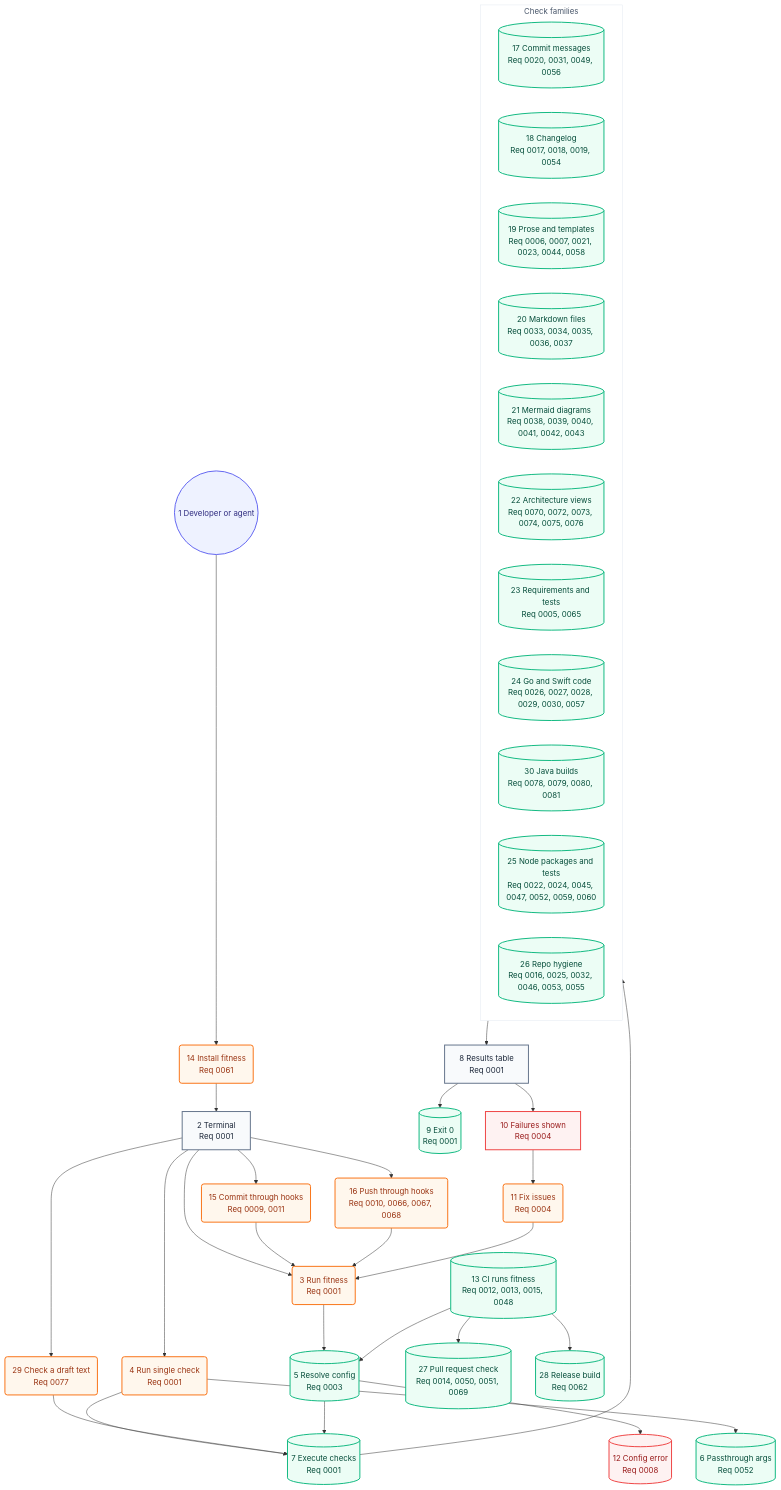
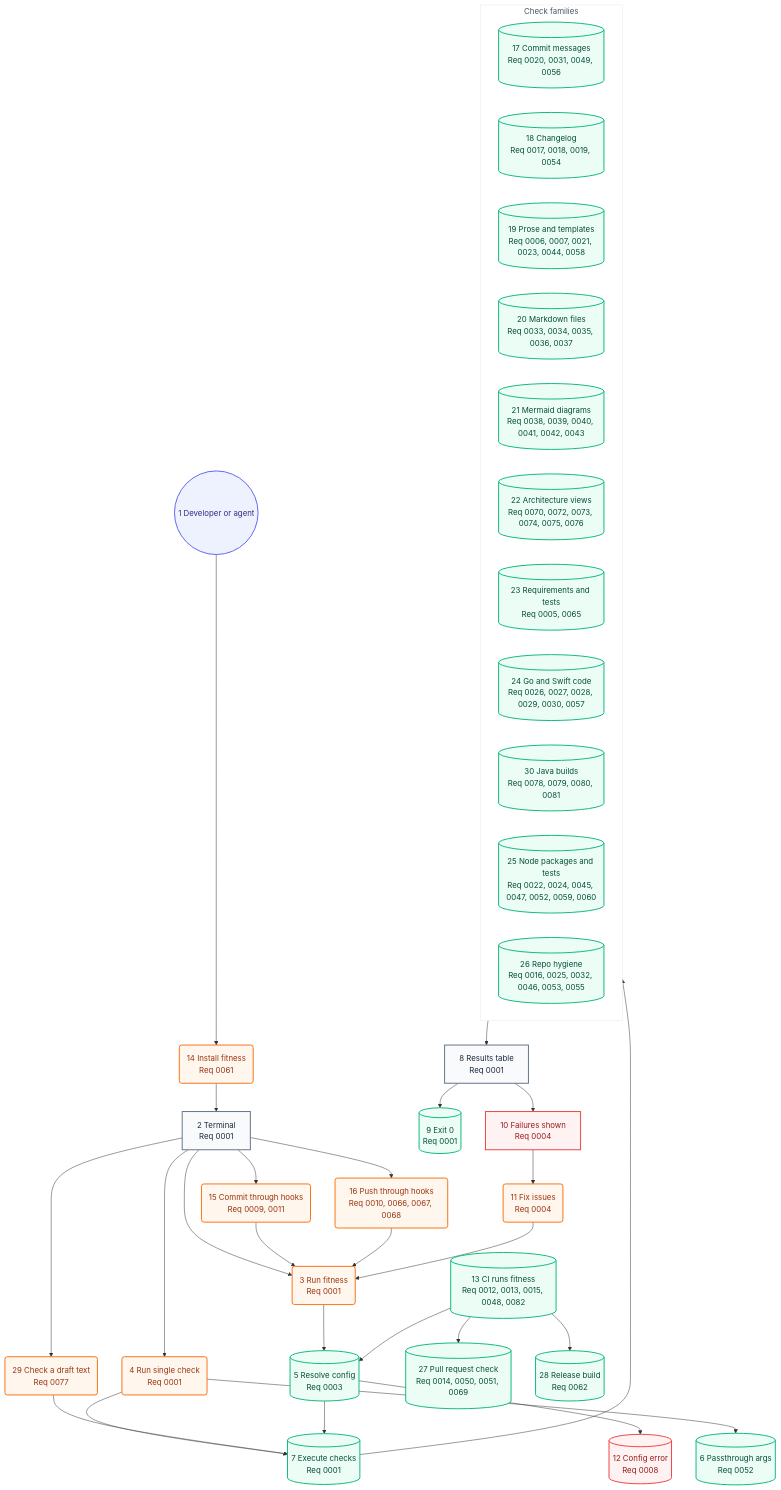
The second of 2 diagrams in docs/architecture/05-user-journey.md (may-journal/fitness-runner), drawn with Mermaid before and after one commit. The commit also changed other lines of this file and 32 other files, not shown here.

````diff
--- a/docs/architecture/05-user-journey.md
+++ b/docs/architecture/05-user-journey.md
@@ -40,70 +40,70 @@
 ```mermaid
 flowchart TB
     dev((1 Developer or agent)):::persona
     install(14 Install fitness<br/>Req 0061):::action
     terminal[2 Terminal<br/>Req 0001]:::screen
     runFull(3 Run fitness<br/>Req 0001):::action
     runSingle(4 Run single check<br/>Req 0001):::action
     runBlob(29 Check a draft text<br/>Req 0077):::action
     commitHook(15 Commit through hooks<br/>Req 0009, 0011):::action
     pushHook(16 Push through hooks<br/>Req 0010, 0066, 0067, 0068):::action
     resolveConfig[(5 Resolve config<br/>Req 0003)]:::system
     passArgs[(6 Passthrough args<br/>Req 0052)]:::system
     executeChecks[(7 Execute checks<br/>Req 0001)]:::system
 
     subgraph checks["Check families"]
         commitChecks[(17 Commit messages<br/>Req 0020, 0031, 0049, 0056)]:::system
         changelogChecks[(18 Changelog<br/>Req 0017, 0018, 0019, 0054)]:::system
         proseChecks[(19 Prose and templates<br/>Req 0006, 0007, 0021, 0023, 0044, 0058)]:::system
         markdownChecks[(20 Markdown files<br/>Req 0033, 0034, 0035, 0036, 0037)]:::system
         mermaidChecks[(21 Mermaid diagrams<br/>Req 0038, 0039, 0040, 0041, 0042, 0043)]:::system
         architectureChecks[(22 Architecture views<br/>Req 0070, 0072, 0073, 0074, 0075, 0076)]:::system
         requirementChecks[(23 Requirements and tests<br/>Req 0005, 0065)]:::system
         goSwiftChecks[(24 Go and Swift code<br/>Req 0026, 0027, 0028, 0029, 0030, 0057)]:::system
         javaChecks[(30 Java builds<br/>Req 0078, 0079, 0080, 0081)]:::system
         nodeChecks[(25 Node packages and tests<br/>Req 0022, 0024, 0045, 0047, 0052, 0059, 0060)]:::system
         repoChecks[(26 Repo hygiene<br/>Req 0016, 0025, 0032, 0046, 0053, 0055)]:::system
     end
 
     resultsTable[8 Results table<br/>Req 0001]:::screen
     exitZero[(9 Exit 0<br/>Req 0001)]:::system
     failuresShown[10 Failures shown<br/>Req 0004]:::blocked
     fixIssues(11 Fix issues<br/>Req 0004):::action
     configError[(12 Config error<br/>Req 0008)]:::blocked
-    ciRun[(13 CI runs fitness<br/>Req 0012, 0013, 0015, 0048)]:::system
+    ciRun[(13 CI runs fitness<br/>Req 0012, 0013, 0015, 0048, 0082)]:::system
     prCheck[(27 Pull request check<br/>Req 0014, 0050, 0051, 0069)]:::system
     release[(28 Release build<br/>Req 0062)]:::system
 
     dev --> install
     install --> terminal
     terminal --> runFull
     terminal --> runSingle
     terminal --> commitHook
     terminal --> pushHook
     terminal --> runBlob
     commitHook --> runFull
     pushHook --> runFull
     runFull --> resolveConfig
     runSingle --> executeChecks
     runSingle --> passArgs
     runBlob --> executeChecks
     resolveConfig --> executeChecks
     resolveConfig --> configError
     executeChecks --> checks
     checks --> resultsTable
     resultsTable --> exitZero
     resultsTable --> failuresShown
     failuresShown --> fixIssues
     fixIssues --> runFull
     ciRun --> resolveConfig
     ciRun --> prCheck
     ciRun --> release
 
     classDef persona fill:#eef2ff,stroke:#6366f1,color:#312e81,stroke-width:2px
     classDef screen fill:#f8fafc,stroke:#64748b,color:#1e293b,stroke-width:2px
     classDef action fill:#fff7ed,stroke:#f97316,color:#9a3412,stroke-width:2px
     classDef system fill:#ecfdf5,stroke:#10b981,color:#064e3b,stroke-width:2px
     classDef blocked fill:#fef2f2,stroke:#ef4444,color:#991b1b,stroke-width:2px
 
     style checks fill:#ffffff,stroke:#e2e8f0,color:#475569,stroke-width:1px
 ```
````
